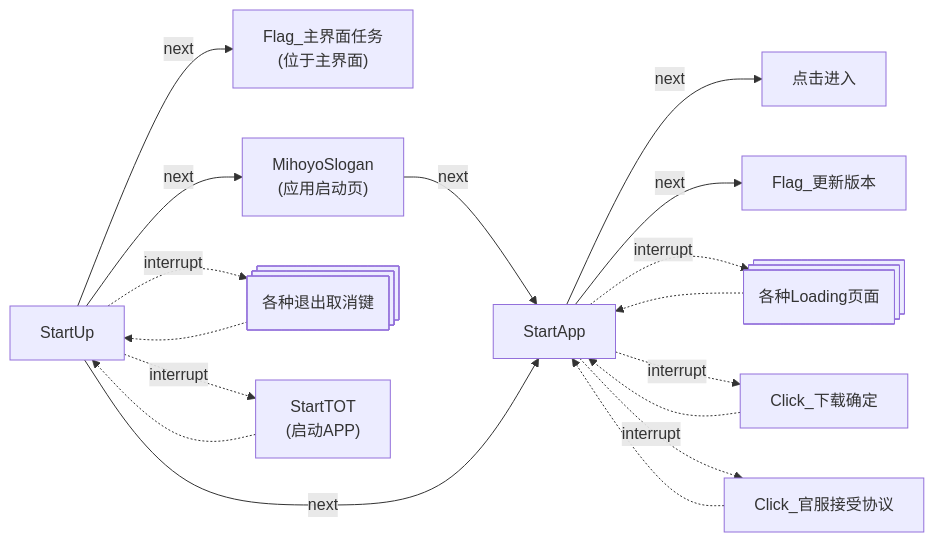
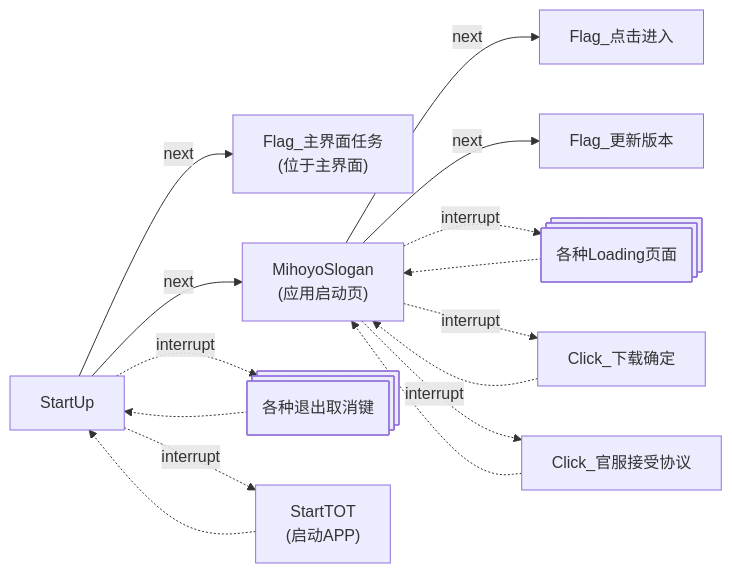
The first of 23 diagrams in docs/zh_cn/develop/Pipeline说明.md (Coxwtwo/MaaTOT), drawn with Mermaid before and after one commit. The commit also changed other lines of this file, not shown here.

Commit message:
Commits on Apr 23, 2025 docs：修正任务链流程图错误。

````diff
--- a/docs/zh_cn/develop/Pipeline说明.md
+++ b/docs/zh_cn/develop/Pipeline说明.md
@@ -43,20 +43,18 @@
 ```mermaid
 flowchart LR
     n0["StartUp"] -->|next| n1["Flag_主界面任务<br>(位于主界面)"]
     n0 -->|next| n2["MihoyoSlogan<br>(应用启动页)"]
-    n2["MihoyoSlogan<br>(应用启动页)"] -->|next| n5["StartApp"]
-    n0 -->|next| n5
     n0 -.->|interrupt| n3@{ shape: processes, label: "各种退出取消键"}
     n3 -.-> n0
     n0 -.->|interrupt| n4["StartTOT<br>(启动APP)"]
     n4 -.-> n0
 
-    n5 -->|next| n6["点击进入"]
-    n5 -->|next| n7["Flag_更新版本"]
-    n5 -.->|interrupt| n8@{ shape: processes, label: "各种Loading页面"}
-    n8 -.-> n5
-    n5 -.->|interrupt| n9["Click_下载确定"]
-    n9 -.-> n5
-    n5 -.->|interrupt| n05["Click_官服接受协议"]
-    n05 -.-> n5
+    n2 -->|next| n6["Flag_点击进入"]
+    n2 -->|next| n7["Flag_更新版本"]
+    n2 -.->|interrupt| n8@{ shape: processes, label: "各种Loading页面"}
+    n8 -.-> n2
+    n2 -.->|interrupt| n9["Click_下载确定"]
+    n9 -.-> n2
+    n2 -.->|interrupt| n10["Click_官服接受协议"]
+    n10 -.-> n2
 ```
````
